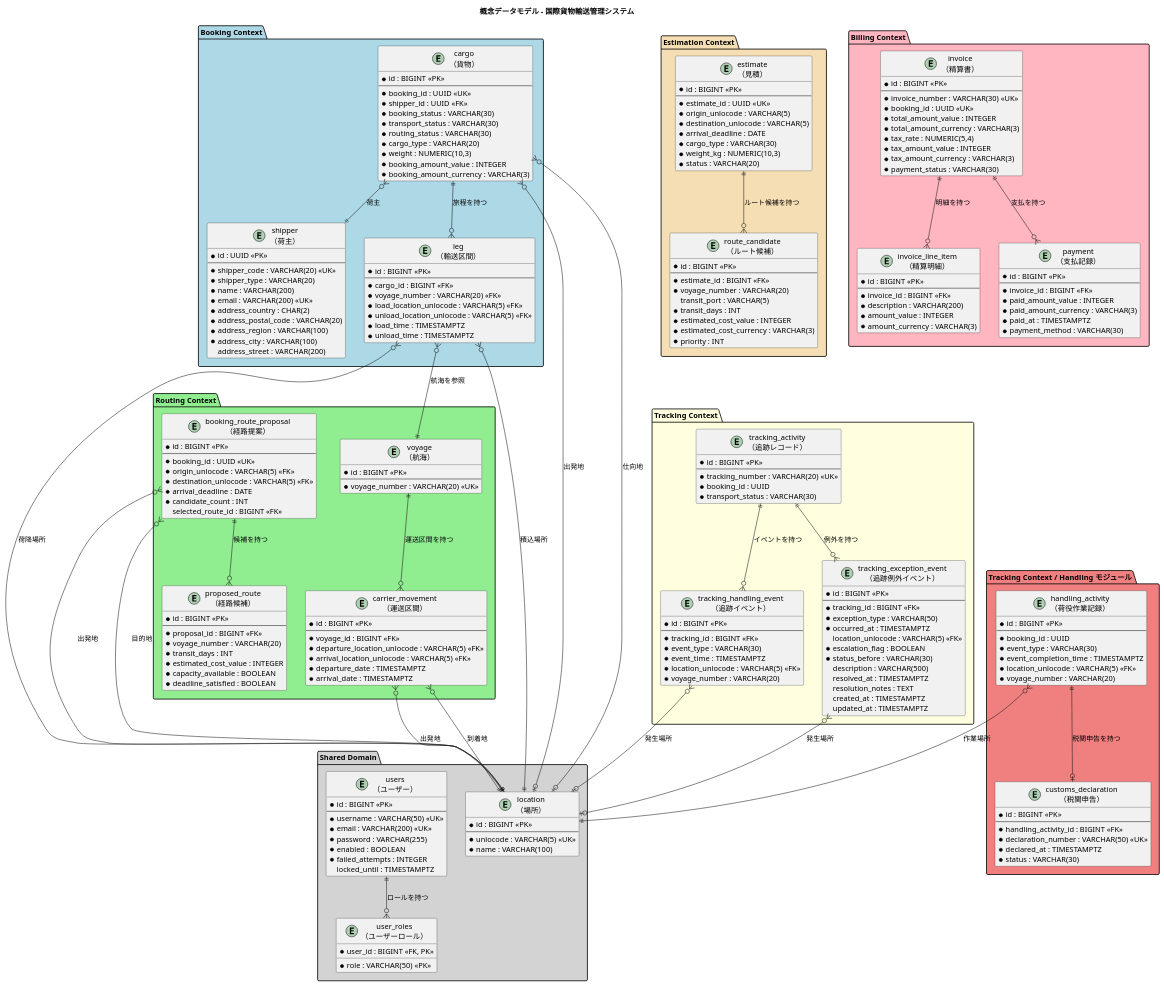
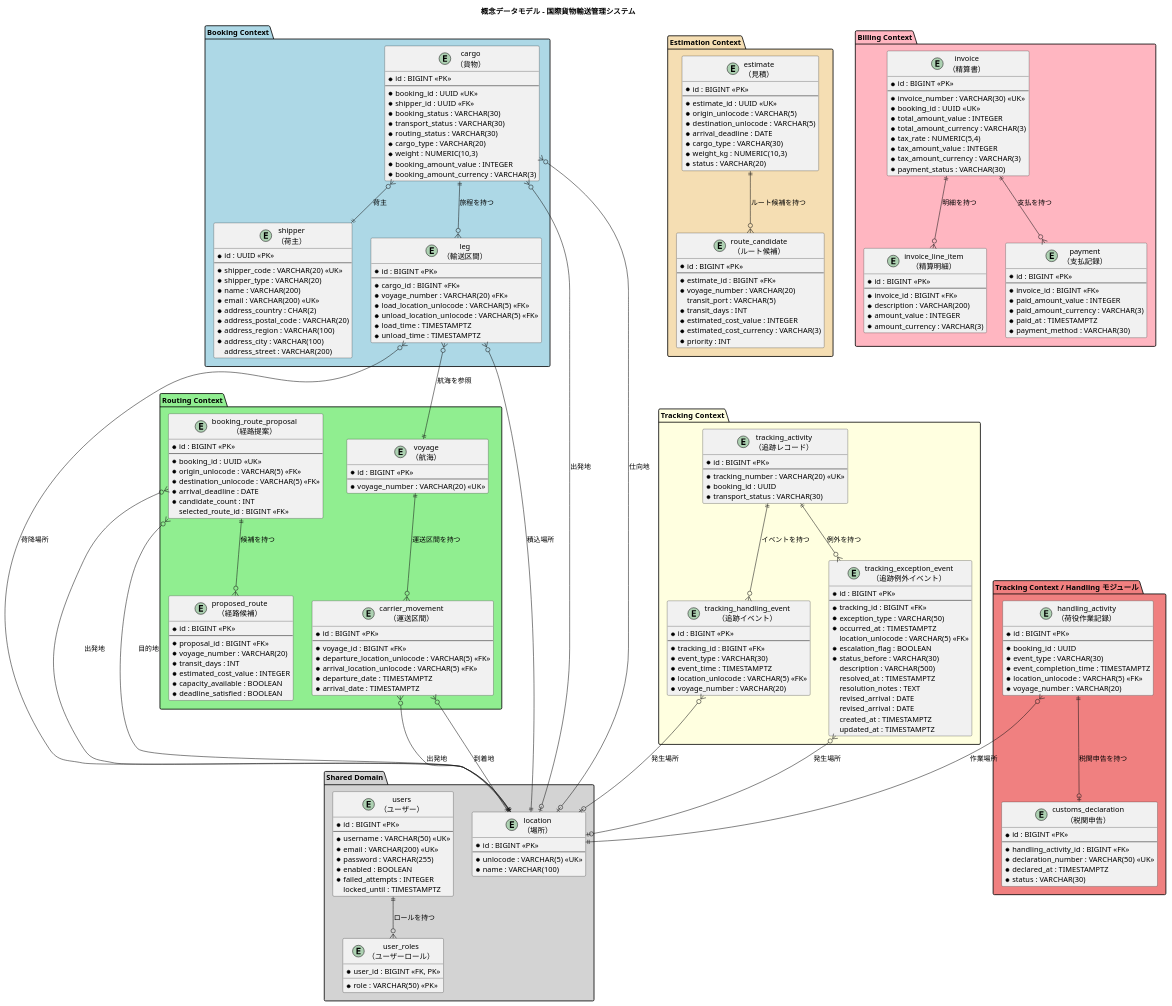
Before and after one commit to k2works/case-study-cargo-tracker: the first of 9 diagrams in docs/design/data-model.md, drawn with PlantUML. The commit also changed other lines of this file and 18 other files, not shown here.

```diff
--- a/docs/design/data-model.md
+++ b/docs/design/data-model.md
@@ -182,6 +182,8 @@
     description : VARCHAR(500)
     resolved_at : TIMESTAMPTZ
     resolution_notes : TEXT
+  revised_arrival : DATE
+    revised_arrival : DATE
     created_at : TIMESTAMPTZ
     updated_at : TIMESTAMPTZ
   }
```
